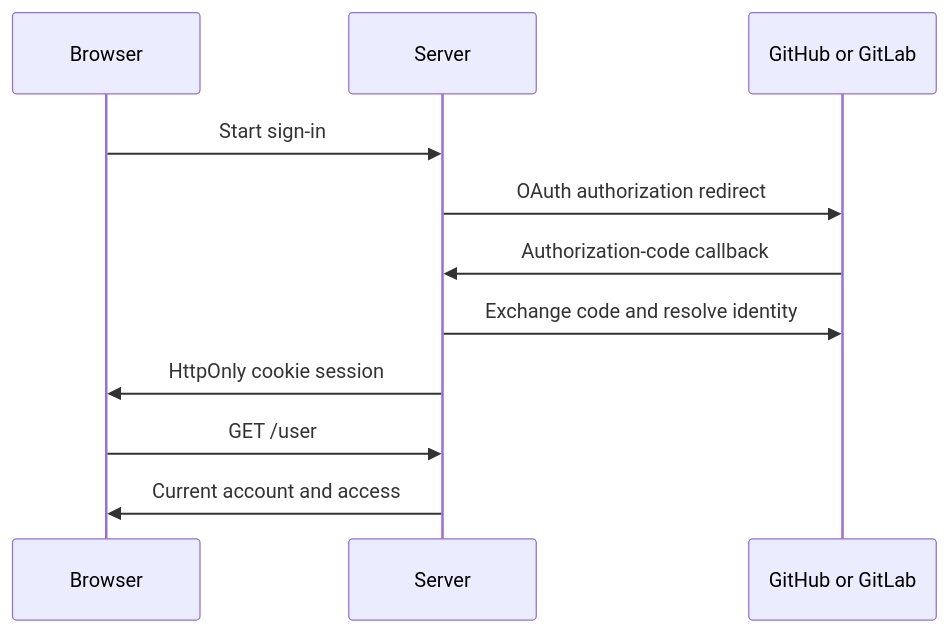
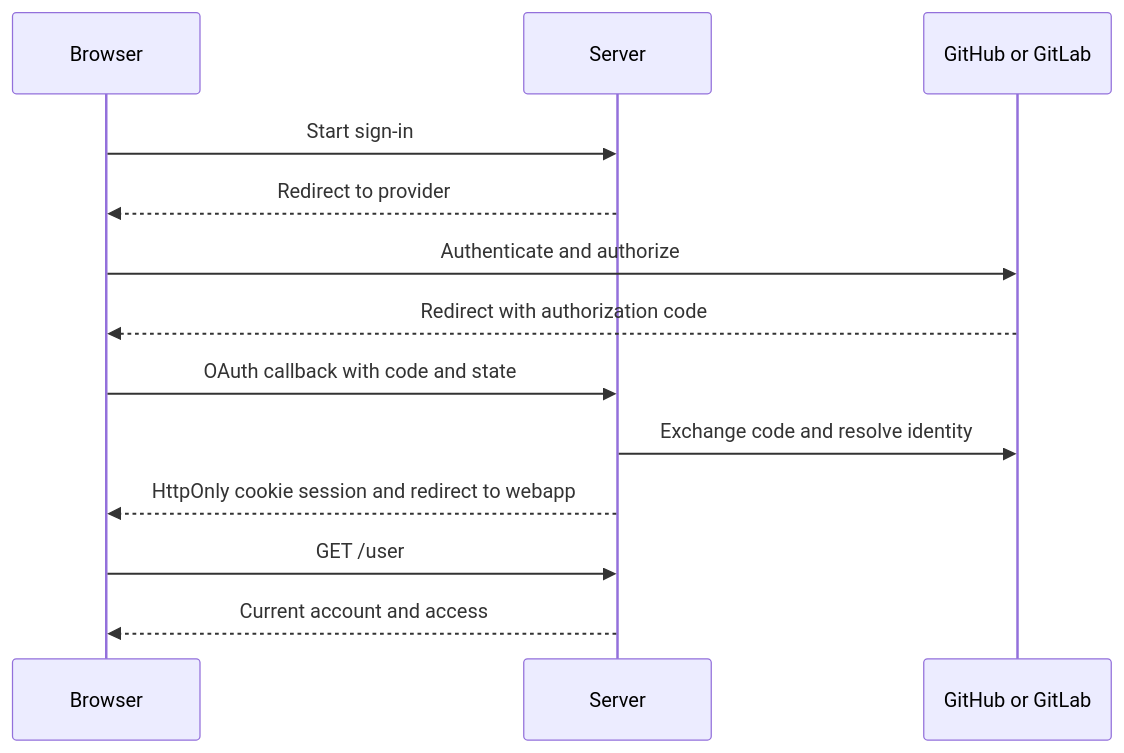
One commit to hephaestus-build/Hephaestus changed the second of 2 diagrams in docs/contributor/system-design.mdx. Above: the diagram before and after it, drawn with Mermaid.

Commit message:
docs(docs): show browser redirects in the native sign-in flow

````diff
--- a/docs/contributor/system-design.mdx
+++ b/docs/contributor/system-design.mdx
@@ -52,15 +52,17 @@
 ```mermaid
 sequenceDiagram
     accTitle: Native federated sign-in
     accDescr: The browser starts sign-in on the server, authenticates at GitHub or GitLab, and returns to the OAuth callback. The server issues a cookie session and the webapp reads the current account.
     participant B as Browser
     participant S as Server
     participant P as GitHub or GitLab
     B->>S: Start sign-in
-    S->>P: OAuth authorization redirect
-    P->>S: Authorization-code callback
+    S-->>B: Redirect to provider
+    B->>P: Authenticate and authorize
+    P-->>B: Redirect with authorization code
+    B->>S: OAuth callback with code and state
     S->>P: Exchange code and resolve identity
-    S->>B: HttpOnly cookie session
+    S-->>B: HttpOnly cookie session and redirect to webapp
     B->>S: GET /user
-    S->>B: Current account and access
+    S-->>B: Current account and access
 ```
````
